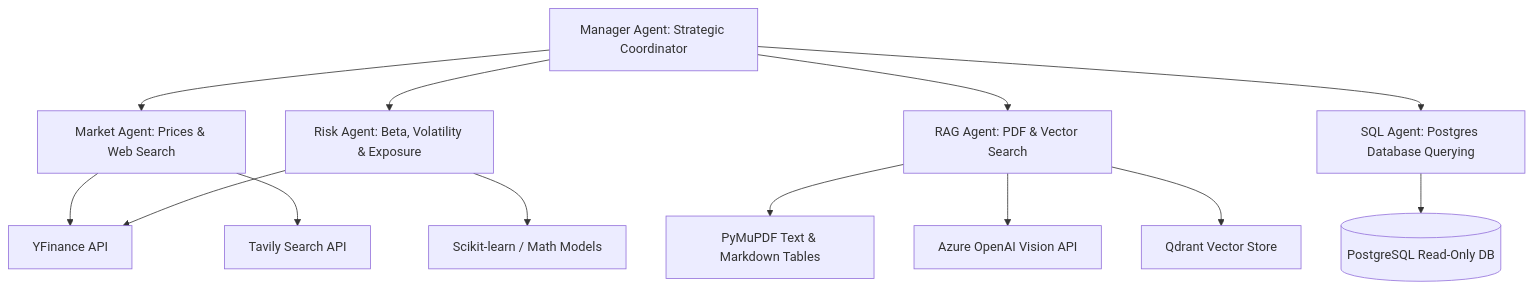
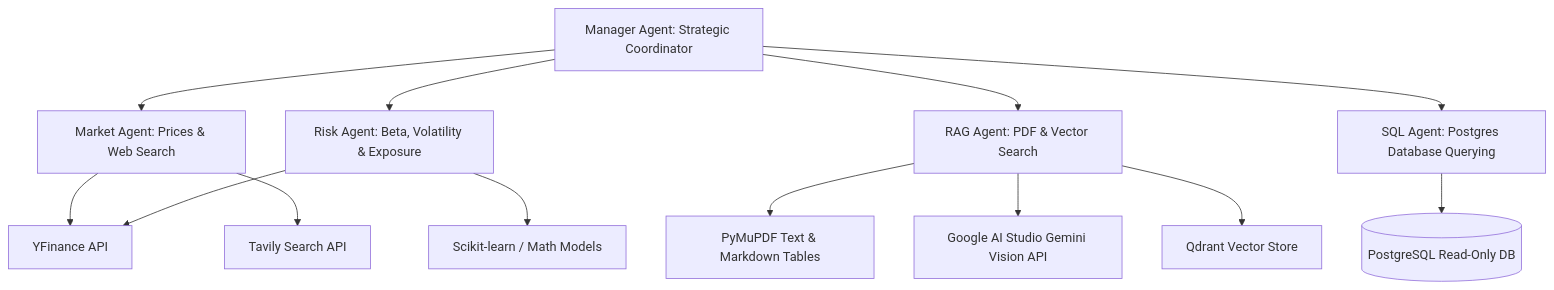
The second of 3 diagrams in Details.md (NupurSawant/FinIntel), drawn with Mermaid before and after one commit. The commit also changed other lines of this file and 24 other files, not shown here.

````diff
--- a/Details.md
+++ b/Details.md
@@ -134,19 +133,19 @@
 ```mermaid
 graph TD
     Manager[Manager Agent: Strategic Coordinator] --> Market[Market Agent: Prices & Web Search]
     Manager --> Risk[Risk Agent: Beta, Volatility & Exposure]
     Manager --> RAG[RAG Agent: PDF & Vector Search]
     Manager --> SQL[SQL Agent: Postgres Database Querying]
 
     Market --> YFinance[YFinance API]
     Market --> Tavily[Tavily Search API]
 
     Risk --> YFinance
     Risk --> RiskCalc[Scikit-learn / Math Models]
 
     RAG --> PyMuPDF[PyMuPDF Text & Markdown Tables]
-    RAG --> Vision[Azure OpenAI Vision API]
+    RAG --> Vision[Google AI Studio Gemini Vision API]
     RAG --> Qdrant[Qdrant Vector Store]
 
     SQL --> PGDB[(PostgreSQL Read-Only DB)]
 ```
````
